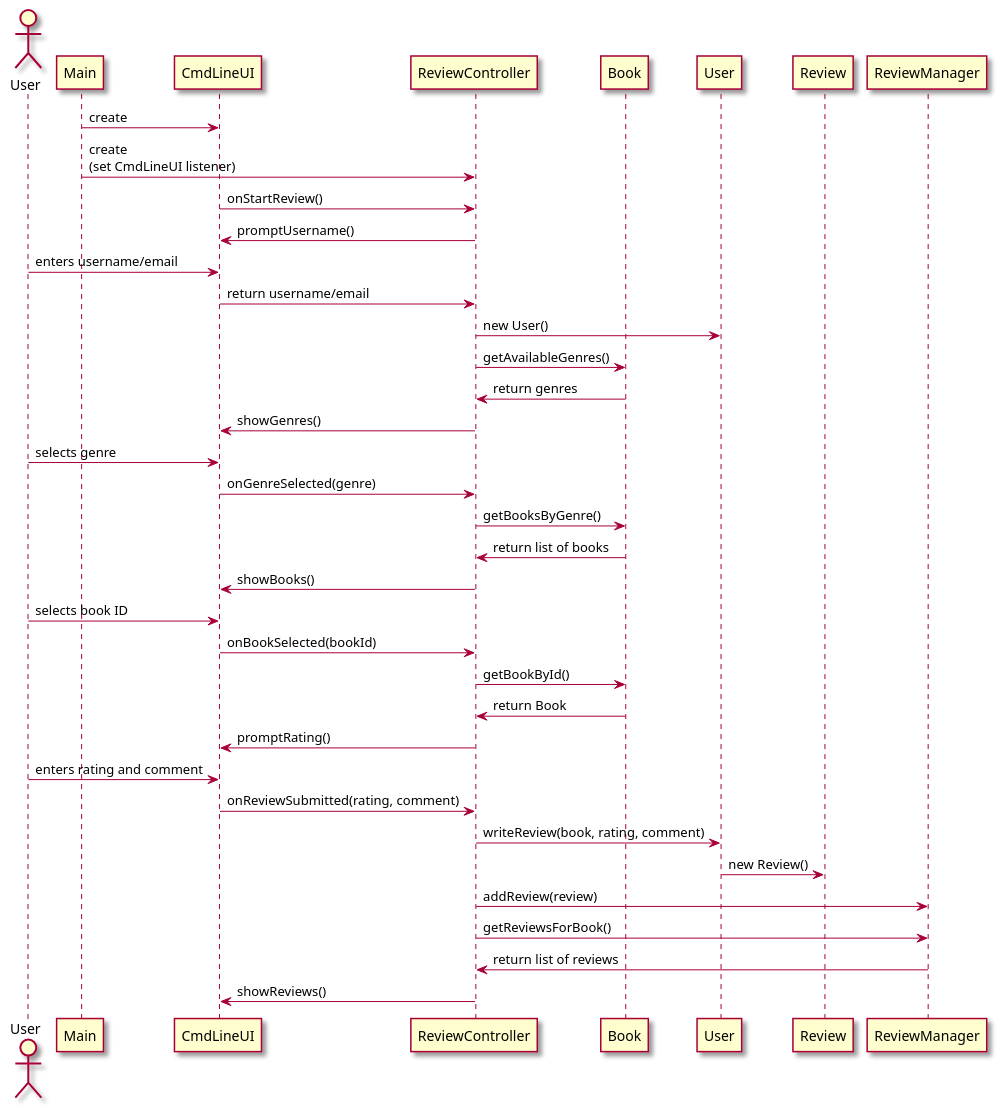
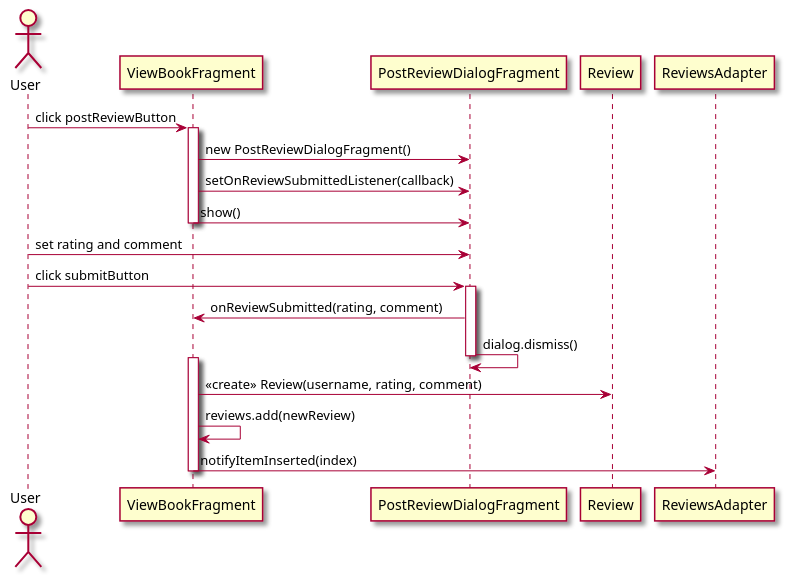
One commit to Khurshid03/team-2b changed the second of 2 diagrams in intellij/doc/use-cases/post-review.md. Above: the diagram before and after it, drawn with PlantUML. The commit also changed other lines of this file and 17 other files, not shown here.

````diff
--- a/intellij/doc/use-cases/post-review.md
+++ b/intellij/doc/use-cases/post-review.md
@@ -79,53 +79,32 @@
 ```plantuml
 @startuml
-
 skin rose
 
 actor User
-participant Main
-participant CmdLineUI
-participant ReviewController
-participant Book
-participant UserModel as "User"
+participant ViewBookFragment as VBF
+participant PostReviewDialogFragment as PRDF
 participant Review
-participant ReviewManager
+participant ReviewsAdapter as ADA
 
-Main -> CmdLineUI : create
-Main -> ReviewController : create\n(set CmdLineUI listener)
-CmdLineUI -> ReviewController : onStartReview()
 
-ReviewController -> CmdLineUI : promptUsername()
-User -> CmdLineUI : enters username/email
-CmdLineUI -> ReviewController : return username/email
-ReviewController -> UserModel : new User()
+User -> VBF: click postReviewButton
+activate VBF
+VBF -> PRDF: new PostReviewDialogFragment()
+VBF -> PRDF: setOnReviewSubmittedListener(callback)
+VBF -> PRDF: show()
+deactivate VBF
 
-ReviewController -> Book : getAvailableGenres()
-Book -> ReviewController : return genres
-ReviewController -> CmdLineUI : showGenres()
+User -> PRDF: set rating and comment
+User -> PRDF: click submitButton
+activate PRDF
+PRDF -> VBF: onReviewSubmitted(rating, comment)
+PRDF -> PRDF: dialog.dismiss()
+deactivate PRDF
 
-User -> CmdLineUI : selects genre
-CmdLineUI -> ReviewController : onGenreSelected(genre)
-ReviewController -> Book : getBooksByGenre()
-Book -> ReviewController : return list of books
-ReviewController -> CmdLineUI : showBooks()
-
-User -> CmdLineUI : selects book ID
-CmdLineUI -> ReviewController : onBookSelected(bookId)
-ReviewController -> Book : getBookById()
-Book -> ReviewController : return Book
-
-ReviewController -> CmdLineUI : promptRating()
-User -> CmdLineUI : enters rating and comment
-CmdLineUI -> ReviewController : onReviewSubmitted(rating, comment)
-
-ReviewController -> UserModel : writeReview(book, rating, comment)
-UserModel -> Review : new Review()
-ReviewController -> ReviewManager : addReview(review)
-
-ReviewController -> ReviewManager : getReviewsForBook()
-ReviewManager -> ReviewController : return list of reviews
-ReviewController -> CmdLineUI : showReviews()
-
+activate VBF
+VBF -> Review: «create» Review(username, rating, comment)
+VBF -> VBF: reviews.add(newReview)
+VBF -> ADA: notifyItemInserted(index)
+deactivate VBF
 @enduml
-
 ```
````
